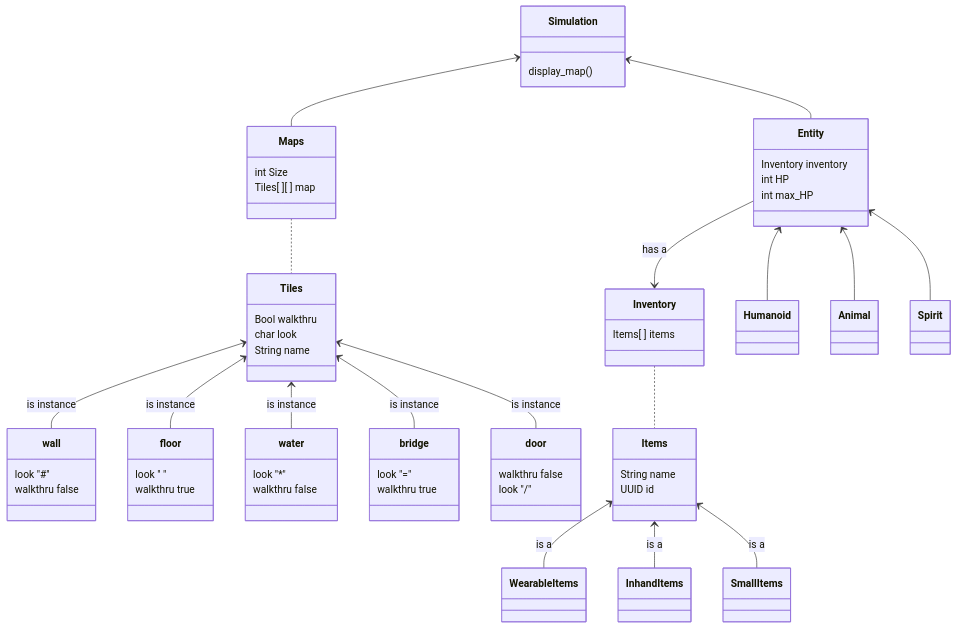
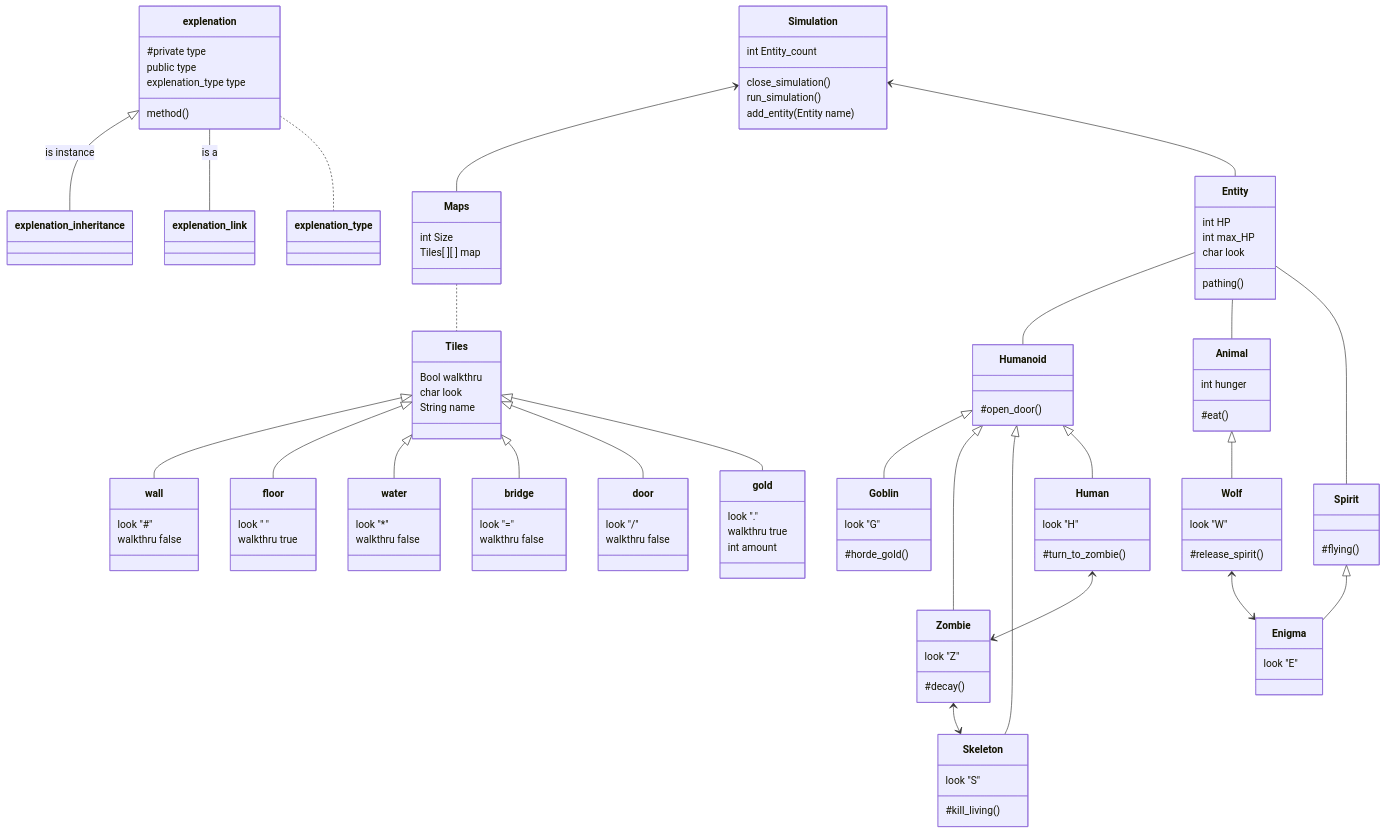
One commit to GlycerolVeinz/PJV_semestral changed the diagram in semestral_work/classes.md. Above: the diagram before and after it, drawn with Mermaid. The commit also changed 1 other file, not shown here.

Commit message:
added some kind of manual

````diff
--- a/semestral_work/classes.md
+++ b/semestral_work/classes.md
@@ -1,8 +1,19 @@
 ```mermaid
 classDiagram
+	class explenation
+	explenation : #private type
+	explenation: public type
+	explenation : method()
+	explenation <|-- explenation_inheritance : is instance 
+	explenation -- explenation_link : is a
+	explenation : explenation_type type
+	explenation .. explenation_type 
 
     class Simulation
-    Simulation : display_map()
+	Simulation : int Entity_count
+    Simulation : close_simulation()
+	Simulation : run_simulation()
+	Simulation : add_entity(Entity name)
 
     Simulation <-- Maps
     Simulation <-- Entity
@@ -15,11 +26,12 @@
 			Tiles : char look
 			Tiles : String name
 
-			Tiles <-- wall : is instance
-			Tiles <-- floor : is instance
-			Tiles <-- water : is instance
-			Tiles <-- bridge : is instance
-			Tiles <-- door : is instance
+			Tiles <|-- wall
+			Tiles <|-- floor
+			Tiles <|-- water
+			Tiles <|-- bridge
+			Tiles <|-- door
+			Tiles <|-- gold
 
 				wall : look "#"
 				wall : walkthru false
@@ -31,28 +43,54 @@
 				water : walkthru false
 
 				bridge : look "="
-				bridge : walkthru true
+				bridge : walkthru false
 
+				door : look "/"
 				door : walkthru false
-				door : look "/"
 
-		Entity --> Inventory : has a
-		Entity : Inventory inventory
+				gold : look "."
+				gold : walkthru true
+				gold : int amount
+
 		Entity : int HP
 		Entity : int max_HP
+		Entity : char look
+		Entity : pathing()
 
-		Entity <-- Humanoid
-		Entity <-- Animal
-		Entity <-- Spirit
+		Entity -- Humanoid
+		Entity -- Animal
+		Entity -- Spirit
 
-			Inventory .. Items
-			Inventory : Items[ ] items
+			Humanoid <|-- Goblin
+			Humanoid <|-- Zombie
+			Humanoid <|-- Skeleton
+			Humanoid <|-- Human
+			Humanoid : #open_door()
 
-				Items : String name
-				Items : UUID id
+				Human <--> Zombie
+				Human : #turn_to_zombie()
+				Human : look "H"
 
-				Items <-- WearableItems : is a
-				Items <-- InhandItems : is a
-				Items <-- SmallItems : is a
+				Goblin : #horde_gold()
+				Goblin: look "G"
 
+				Zombie <--> Skeleton
+				Zombie : #decay()
+				Zombie : look "Z"
+
+				Skeleton : #kill_living()
+				Skeleton : look "S"
+
+			Animal <|-- Wolf
+			Animal : int hunger
+			Animal : #eat()
+
+				Wolf <--> Enigma
+				Wolf : #release_spirit()
+				Wolf : look "W"
+
+			Spirit <|-- Enigma
+			Spirit : #flying()
+
+				Enigma : look "E"
 ```
````
